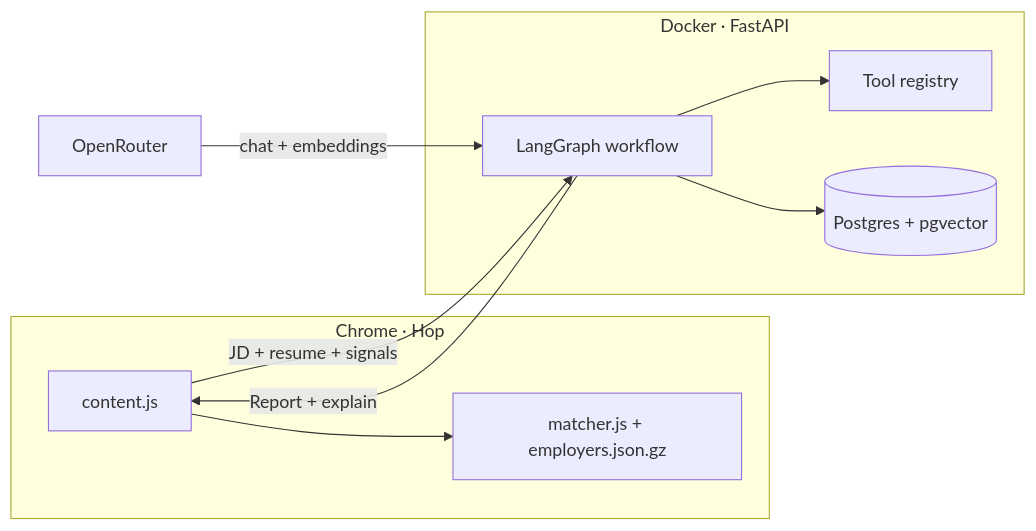
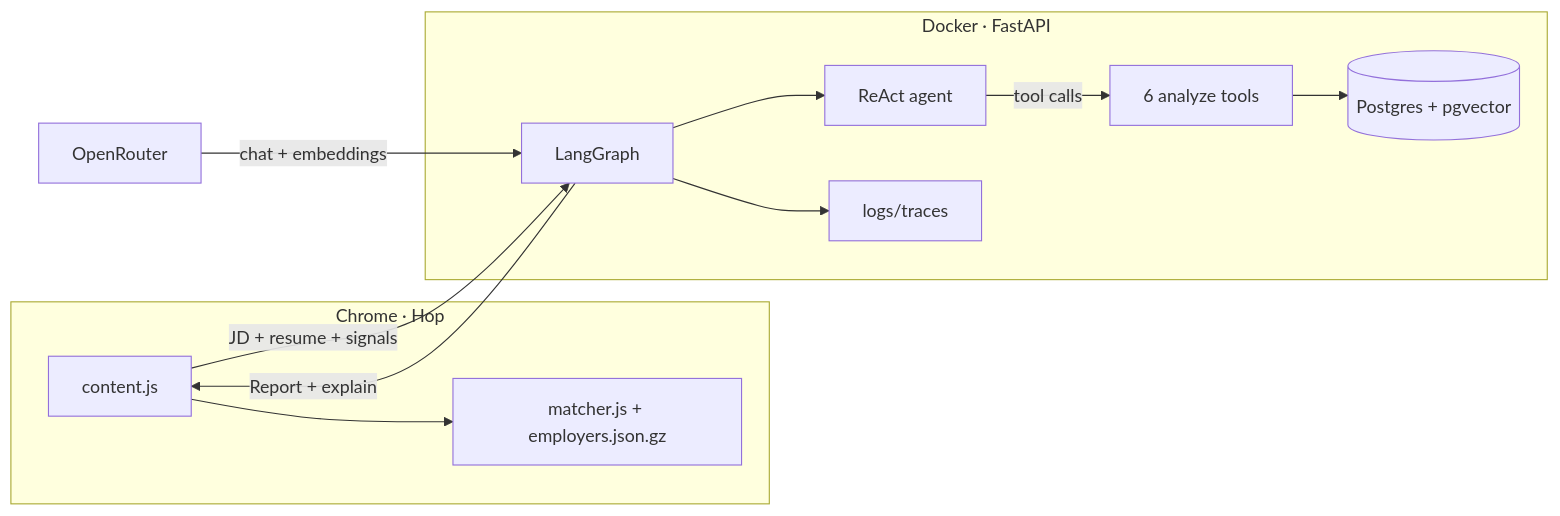
One commit to nicole732470/joblens changed the second of 3 diagrams in README.md. Above: the diagram before and after it, drawn with Mermaid. The commit also changed other lines of this file and 10 other files, not shown here.

````diff
--- a/README.md
+++ b/README.md
@@ -139,20 +141,23 @@
 ```mermaid
 flowchart LR
   subgraph browser["Chrome · Hop"]
     EXT[content.js]
     MAT[matcher.js + employers.json.gz]
     EXT --> MAT
   end
 
   subgraph server["Docker · FastAPI"]
-    LG[LangGraph workflow]
-    TOOLS[Tool registry]
-    LG --> TOOLS
+    LG[LangGraph]
+    AGENT[ReAct agent]
+    LG --> AGENT
+    AGENT -->|tool calls| TOOLS[6 analyze tools]
     PG[(Postgres + pgvector)]
-    LG --> PG
+    TOOLS --> PG
+    TR[logs/traces]
+    LG --> TR
   end
 
   EXT -->|JD + resume + signals| LG
   LG -->|Report + explain| EXT
   OR[OpenRouter] -->|chat + embeddings| LG
 ```
````
